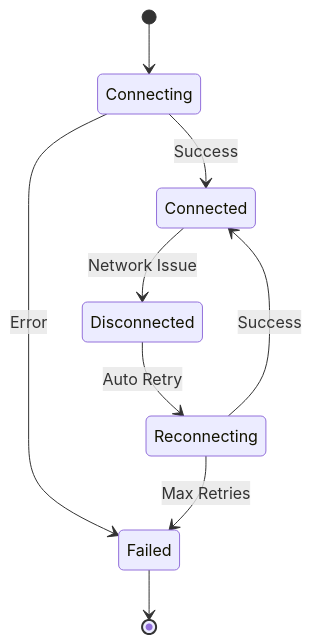
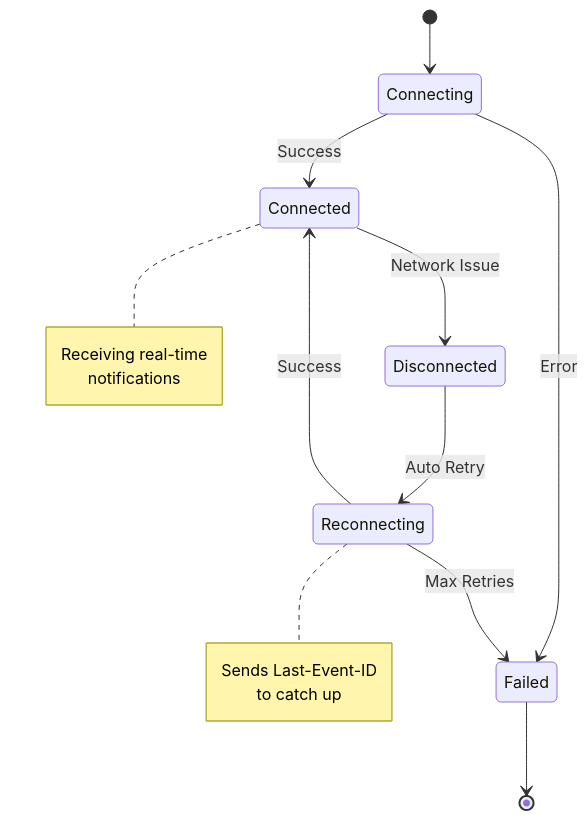
Before and after one commit to Abdallah-A-Raafat/Nuralhealer: the sixth of 6 diagrams in backend/backend/docs/api/notification.md, drawn with Mermaid. The commit also changed other lines of this file and 5 other files, not shown here.

````diff
--- a/backend/backend/docs/api/notification.md
+++ b/backend/backend/docs/api/notification.md
@@ -481,11 +622,21 @@
 ```mermaid
 stateDiagram-v2
     [*] --> Connecting
     Connecting --> Connected: Success
     Connecting --> Failed: Error
     Connected --> Disconnected: Network Issue
     Disconnected --> Reconnecting: Auto Retry
     Reconnecting --> Connected: Success
     Reconnecting --> Failed: Max Retries
     Failed --> [*]
+    
+    note right of Connected
+        Receiving real-time
+        notifications
+    end note
+    
+    note right of Reconnecting
+        Sends Last-Event-ID
+        to catch up
+    end note
 ```
````
